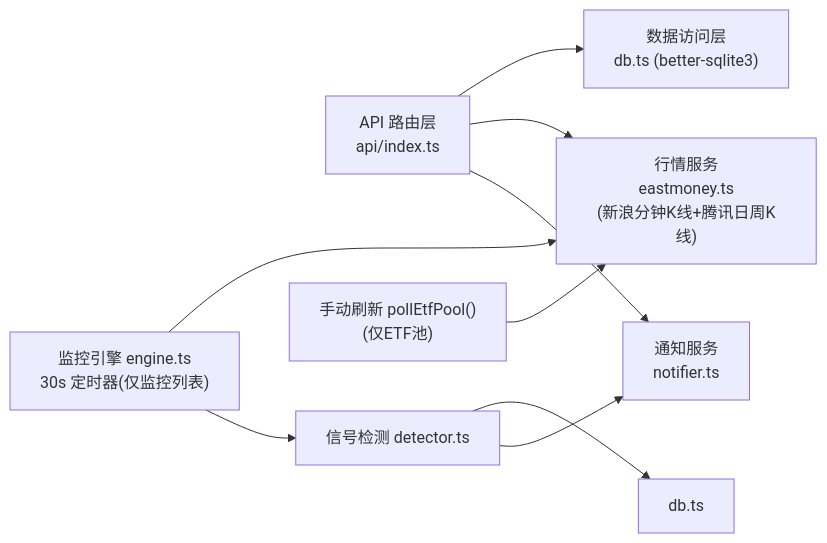
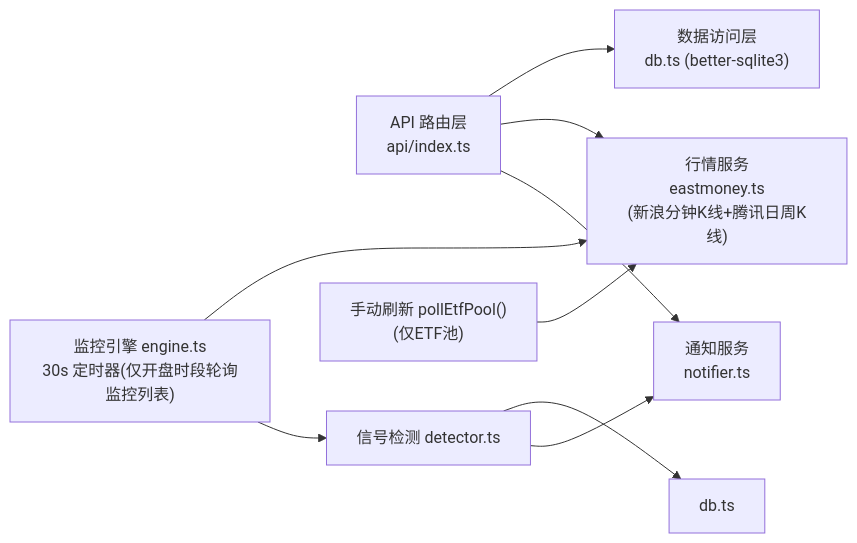
One commit to linmin666/stock-watch-assistant changed the second of 3 diagrams in .trae/documents/technical-design.md. Above: the diagram before and after it, drawn with Mermaid. The commit also changed other lines of this file and 16 other files, not shown here.

````diff
--- a/.trae/documents/technical-design.md
+++ b/.trae/documents/technical-design.md
@@ -149,11 +150,11 @@
 ```mermaid
 flowchart LR
     A["API 路由层<br/>api/index.ts"] --> B["数据访问层<br/>db.ts (better-sqlite3)"]
     A --> D["行情服务<br/>eastmoney.ts<br/>(新浪分钟K线+腾讯日周K线)"]
     A --> E["通知服务<br/>notifier.ts"]
-    ENG["监控引擎 engine.ts<br/>30s 定时器(仅监控列表)"] --> D
+    ENG["监控引擎 engine.ts<br/>30s 定时器(仅开盘时段轮询监控列表)"] --> D
     ENG --> DET["信号检测 detector.ts"]
     DET --> C["db.ts"]
     DET --> E
     ETF["手动刷新 pollEtfPool()<br/>(仅ETF池)"] --> D
 ```
````
